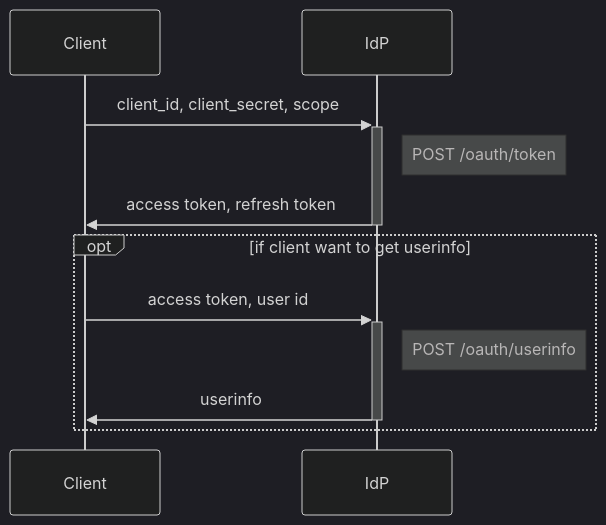
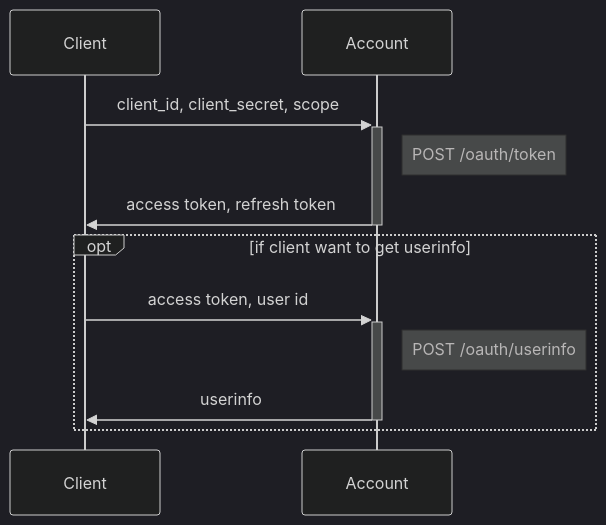
The third of 3 diagrams in README.md (gsainfoteam/idp-be), drawn with Mermaid (dark theme) before and after one commit. The commit also changed other lines of this file and 14 other files, not shown here.

````diff
--- a/README.md
+++ b/README.md
@@ -90,16 +90,16 @@
 ```mermaid
 sequenceDiagram
 participant Client
-participant IdP
+participant Account
 
-Client ->>+ IdP: client_id, client_secret, scope
-note right of IdP: POST /oauth/token
+Client ->>+ Account: client_id, client_secret, scope
+note right of Account: POST /oauth/token
 
-IdP ->>- Client: access token, refresh token
+Account ->>- Client: access token, refresh token
 
 opt if client want to get userinfo
-  Client ->>+ IdP: access token, user id
-  note right of IdP: POST /oauth/userinfo
-  IdP ->>- Client: userinfo
+  Client ->>+ Account: access token, user id
+  note right of Account: POST /oauth/userinfo
+  Account ->>- Client: userinfo
 end
 ```
````
